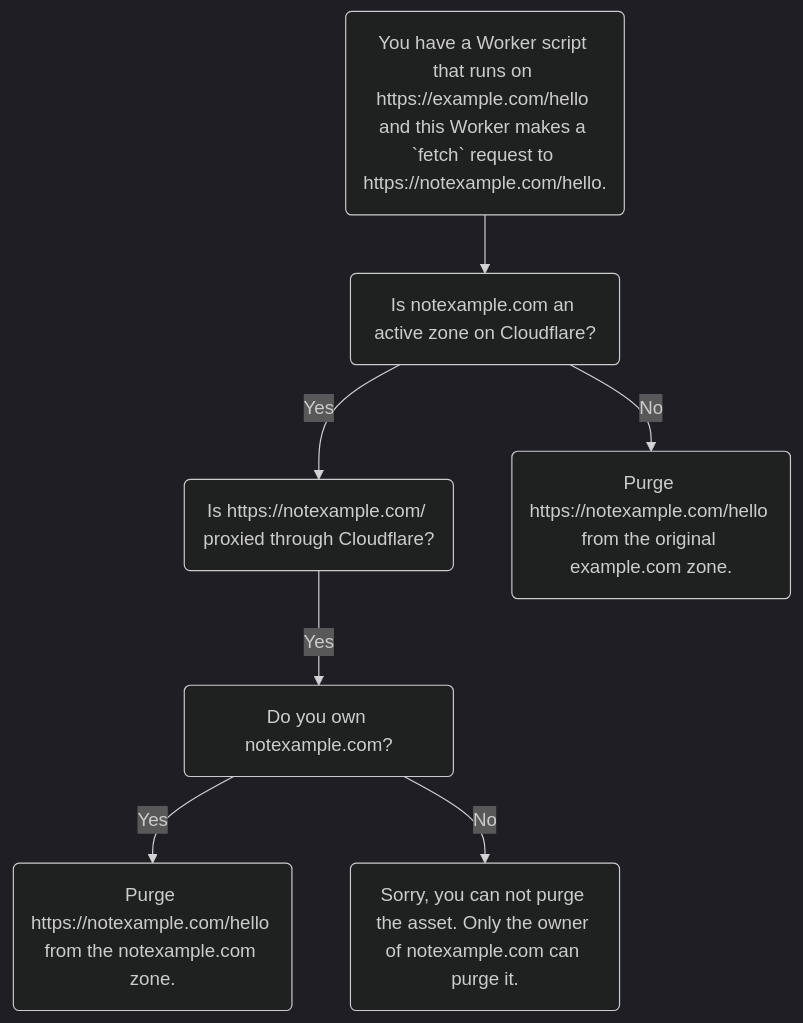
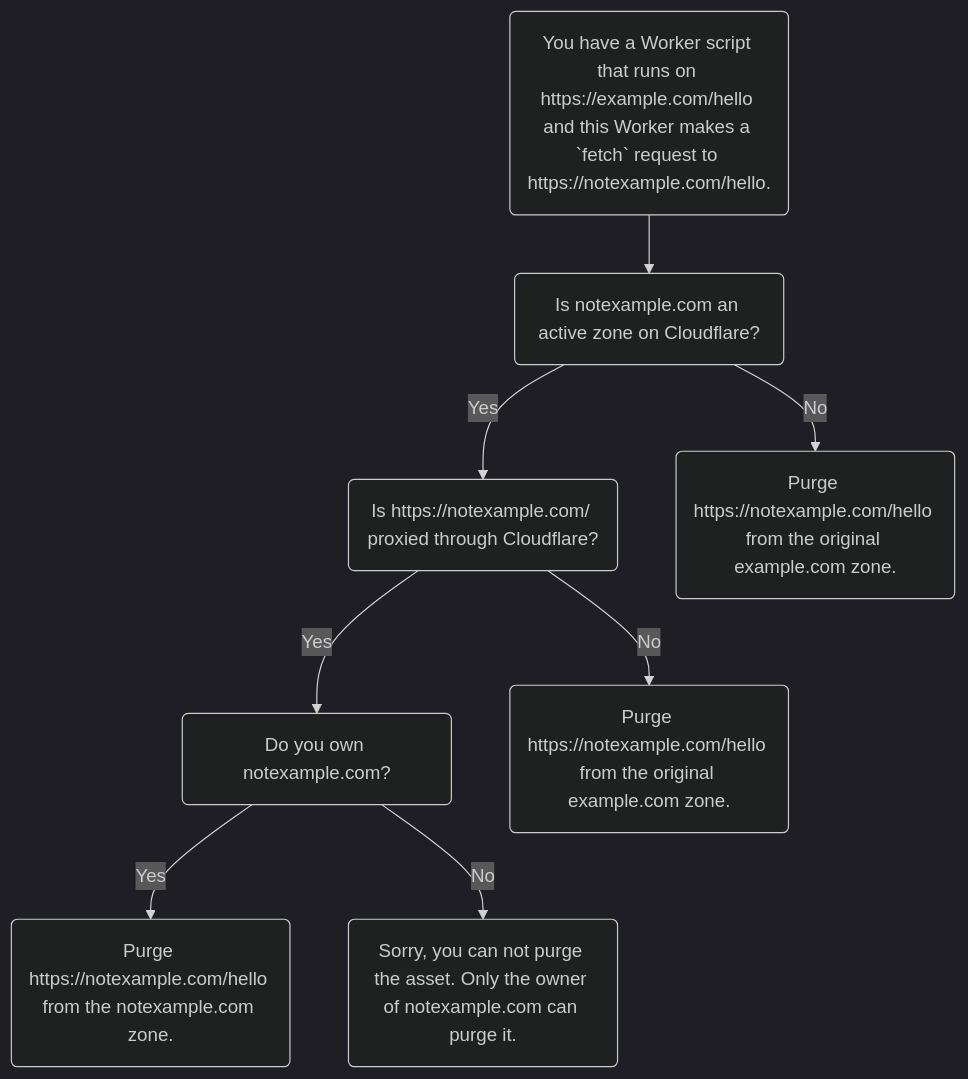
The diagram in content/workers/learning/how-the-cache-works.md (cloudflare/cloudflare-docs), drawn with Mermaid (dark theme) before and after one commit. The commit also changed other lines of this file, not shown here.

Commit message:
Changes after code review.

```diff
--- a/content/workers/learning/how-the-cache-works.md
+++ b/content/workers/learning/how-the-cache-works.md
@@ -45,11 +45,12 @@
 <div class="mermaid">
 flowchart TD
-accTitle: Using Purge by URL with workers
+accTitle: Single file purge  assets cached by a worker
 accDescr: This diagram is meant to help choose how to purge a file.
 A("You have a Worker script that runs on https://example.com/hello and this Worker makes a `fetch` request to https://notexample.com/hello.") --> B(Is notexample.com an active zone on Cloudflare?)
     B -- Yes --> C(Is https://notexample.com/ proxied through Cloudflare?)
     B -- No  --> D(Purge https://notexample.com/hello from the original example.com zone.)
     C -- Yes --> E(Do you own notexample.com?)
-    E -- Yes --> F(Purge https://notexample.com/hello from the notexample.com zone.)
-    E -- No --> G(Sorry, you can not purge the asset. Only the owner of notexample.com can purge it.)
+    C -- No --> F(Purge https://notexample.com/hello from the original example.com zone.)
+    E -- Yes --> G(Purge https://notexample.com/hello from the notexample.com zone.)
+    E -- No --> H(Sorry, you can not purge the asset. Only the owner of notexample.com can purge it.)
 </div>
```
